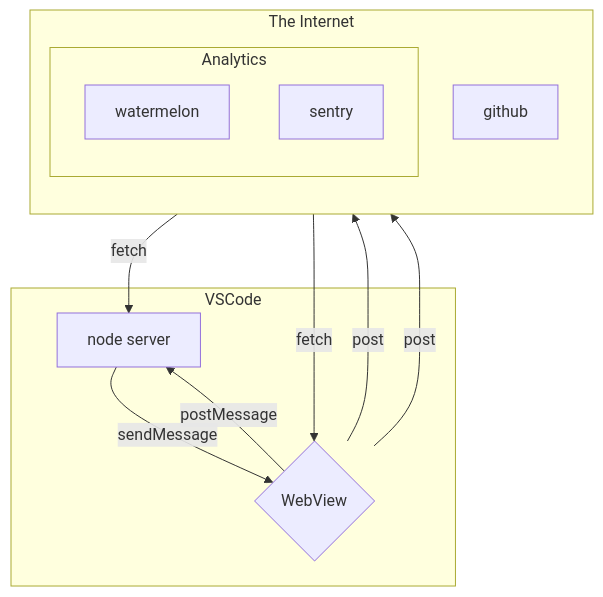
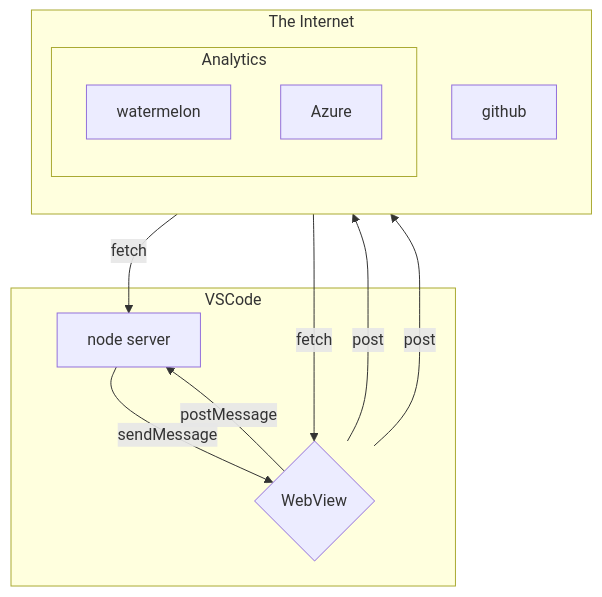
Before and after one commit to watermelontools/watermelon-vscode: the diagram in wm-paper/architecture.md, drawn with Mermaid.

````diff
--- a/wm-paper/architecture.md
+++ b/wm-paper/architecture.md
@@ -3,20 +3,20 @@
 ```mermaid
 flowchart TD
     subgraph VSCode
     A[node server] --sendMessage--> B{WebView}
     B --postMessage--> A
     end
     subgraph The Internet
     direction BT
     C[github]
         subgraph Analytics
         D[watermelon]
-        E[sentry]
+        E[Azure]
         end
     end
     C --fetch--> A
     C -- fetch --> B
     B -- post --> D
     B -- post --> E
     
 ``` 
````
